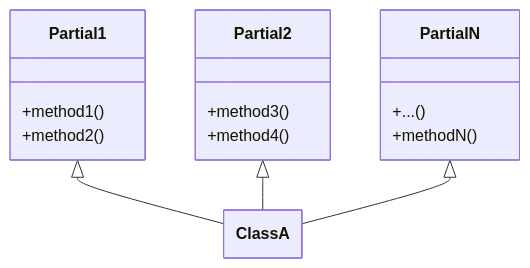
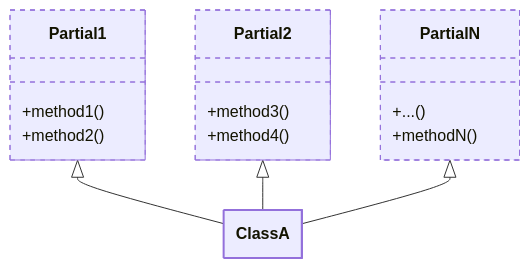
One commit to thecodecrate/python-pipeline changed the second of 4 diagrams in tests/spec-001--class-composition-with-partial-classes.md. Above: the diagram before and after it, drawn with Mermaid. The commit also changed other lines of this file, not shown here.

````diff
--- a/tests/spec-001--class-composition-with-partial-classes.md
+++ b/tests/spec-001--class-composition-with-partial-classes.md
@@ -33,29 +42,34 @@
 ```mermaid
 ---
 config:
     class:
         hideEmptyMembersBox: true
 ---
 classDiagram
-    class Partial1:::partial {
+    class Partial1 {
         +method1()
         +method2()
     }
 
-    class Partial2:::partial {
+    class Partial2 {
         +method3()
         +method4()
     }
 
-    class PartialN:::partial {
+    class PartialN {
         +...()
         +methodN()
     }
 
-    class ClassA:::composed {
+    class ClassA {
     }
 
     Partial1 <|-- ClassA
     Partial2 <|-- ClassA
     PartialN <|-- ClassA
+
+    style Partial1 bugfix:1, stroke-dasharray: 5 5, stroke-width:1px
+    style Partial2 bugfix:1, stroke-dasharray: 5 5, stroke-width:1px
+    style PartialN bugfix:1, stroke-dasharray: 5 5, stroke-width:1px
+    style ClassA bugfix:1, stroke-width:2px
 ```
````
